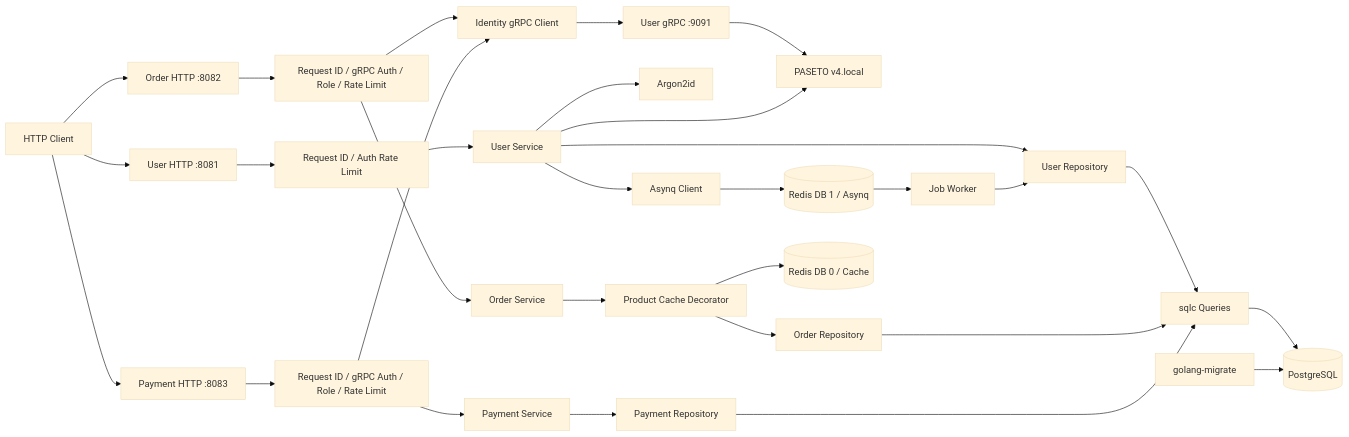
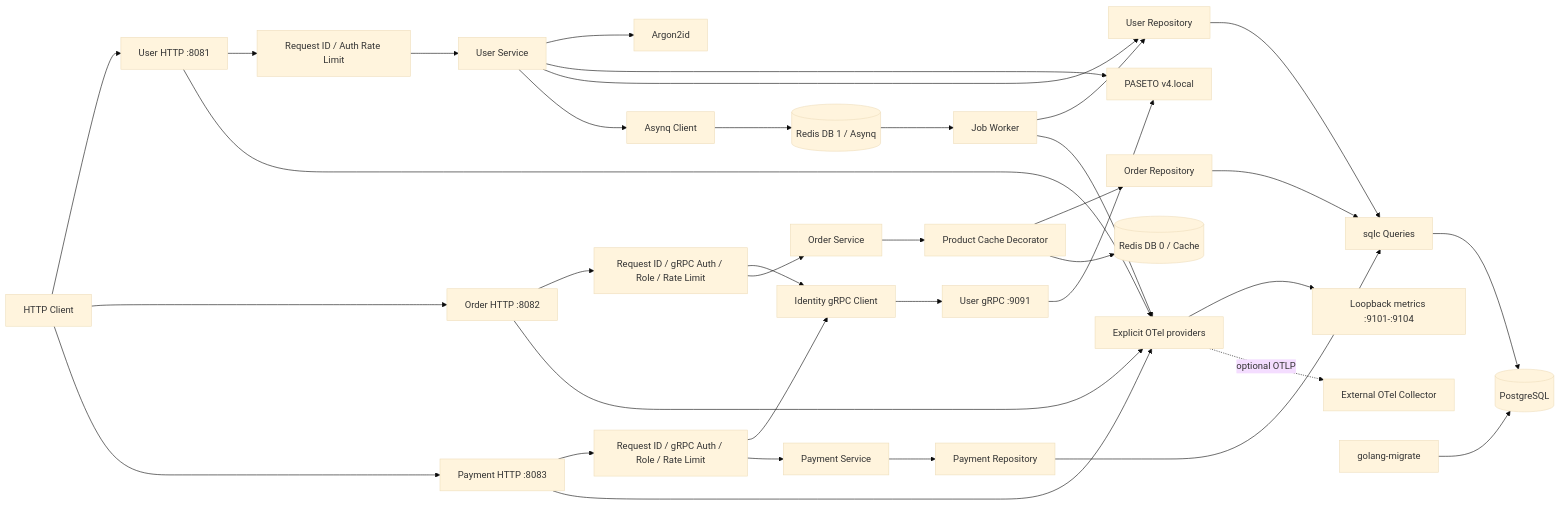
One commit to assumeengagetry/Distirbuted_Commerce changed the first of 2 diagrams in README.md. Above: the diagram before and after it, drawn with Mermaid (base theme). The commit also changed other lines of this file and 50 other files, not shown here.

````diff
--- a/README.md
+++ b/README.md
@@ -50,32 +53,38 @@
 ```mermaid
 flowchart LR
     Client[HTTP Client] --> UserHTTP[User HTTP :8081]
     Client --> OrderHTTP[Order HTTP :8082]
     Client --> PaymentHTTP[Payment HTTP :8083]
     UserHTTP --> UserMiddleware[Request ID / Auth Rate Limit]
     OrderHTTP --> OrderMiddleware[Request ID / gRPC Auth / Role / Rate Limit]
     PaymentHTTP --> PaymentMiddleware[Request ID / gRPC Auth / Role / Rate Limit]
     OrderMiddleware --> IdentityClient[Identity gRPC Client]
     PaymentMiddleware --> IdentityClient
     IdentityClient --> UserGRPC[User gRPC :9091]
     UserGRPC --> Tokens[PASETO v4.local]
     UserMiddleware --> UserService[User Service]
     OrderMiddleware --> OrderService[Order Service]
     PaymentMiddleware --> PaymentService[Payment Service]
     UserService --> Passwords[Argon2id]
     UserService --> Tokens
     UserService --> UserRepository[User Repository]
     UserService --> JobClient[Asynq Client]
     OrderService --> ProductCache[Product Cache Decorator]
     ProductCache --> OrderRepository[Order Repository]
     PaymentService --> PaymentRepository[Payment Repository]
     JobClient --> QueueRedis[(Redis DB 1 / Asynq)]
     QueueRedis --> Worker[Job Worker]
     Worker --> UserRepository
     ProductCache --> CacheRedis[(Redis DB 0 / Cache)]
+    UserHTTP --> Telemetry[Explicit OTel providers]
+    OrderHTTP --> Telemetry
+    PaymentHTTP --> Telemetry
+    Worker --> Telemetry
+    Telemetry --> Metrics[Loopback metrics :9101-:9104]
+    Telemetry -. optional OTLP .-> Collector[External OTel Collector]
     UserRepository --> SQLC[sqlc Queries]
     OrderRepository --> SQLC
     PaymentRepository --> SQLC
     SQLC --> PostgreSQL[(PostgreSQL)]
     Migrations[golang-migrate] --> PostgreSQL
 ```
````
